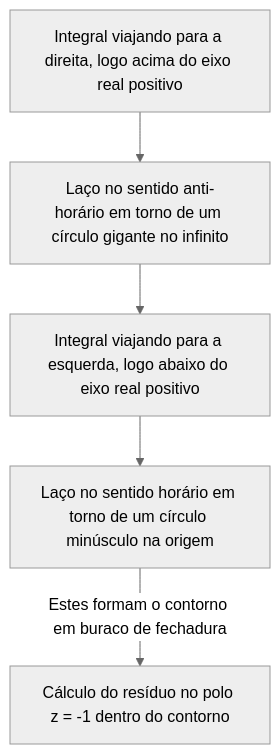
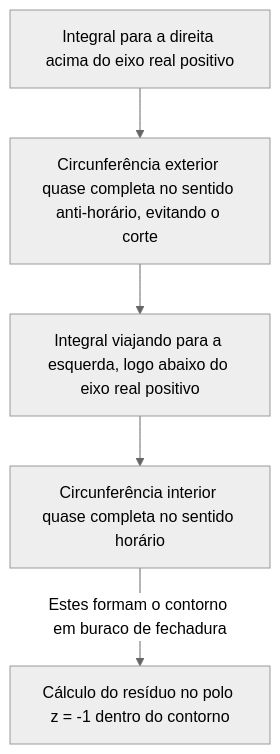
The third of 3 diagrams in content/post/residue-theorem/index.pt.md (kenjinote/blog), drawn with Mermaid (neutral theme) before and after one commit. The commit also changed other lines of this file and 8 other files, not shown here.

````diff
--- a/content/post/residue-theorem/index.pt.md
+++ b/content/post/residue-theorem/index.pt.md
@@ -166,7 +167,7 @@
 ```mermaid
 flowchart TD
-    A["Integral viajando para a direita, logo acima do eixo real positivo"] --> B["Laço no sentido anti-horário em torno de um círculo gigante no infinito"]
+    A["Integral para a direita acima do eixo real positivo"] --> B["Circunferência exterior quase completa no sentido anti-horário, evitando o corte"]
     B --> C["Integral viajando para a esquerda, logo abaixo do eixo real positivo"]
-    C --> D["Laço no sentido horário em torno de um círculo minúsculo na origem"]
+    C --> D["Circunferência interior quase completa no sentido horário"]
     D -->|"Estes formam o contorno em buraco de fechadura"| E["Cálculo do resíduo no polo z = -1 dentro do contorno"]
 ```
````
